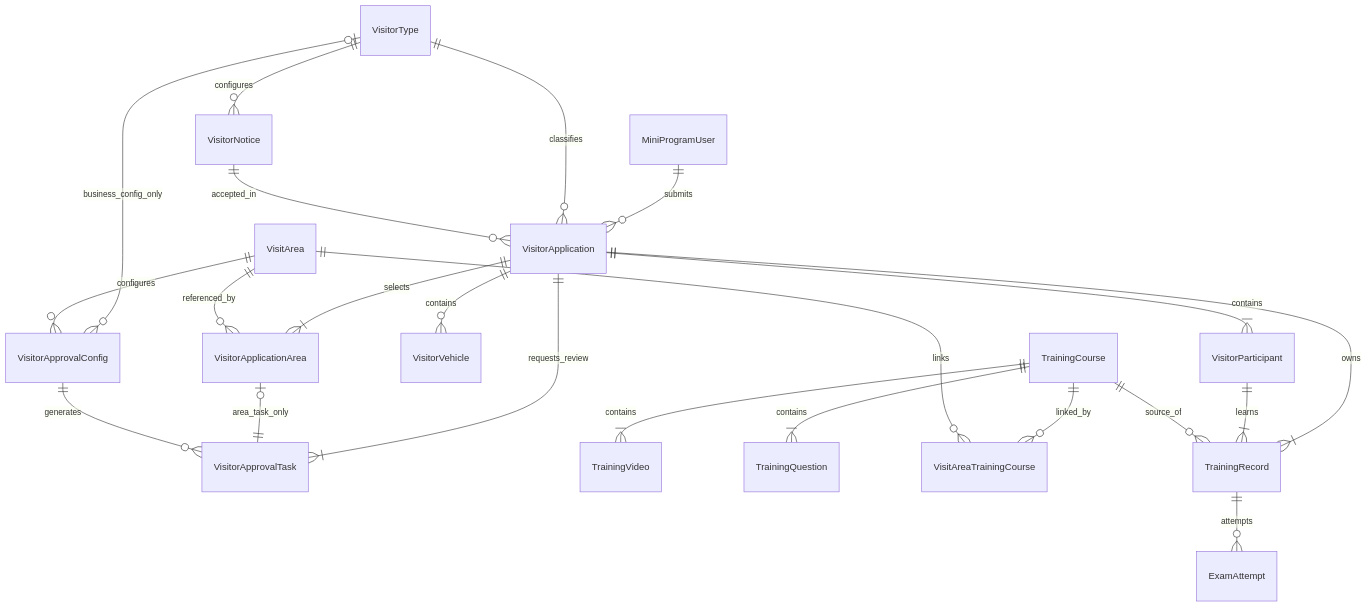
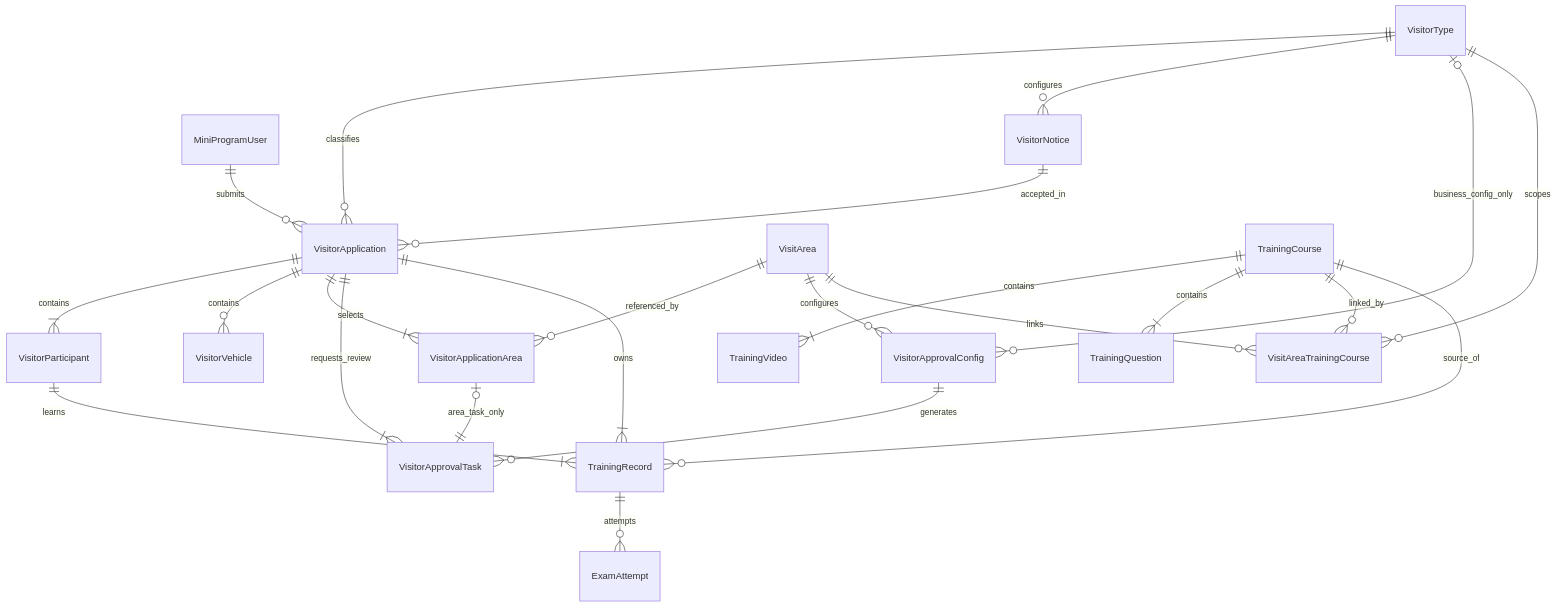
The second of 2 diagrams in doc/VisitSafe-Backend-SPEC.md (neozhu/visit-traning-client), drawn with Mermaid before and after one commit. The commit also changed other lines of this file, not shown here.

````diff
--- a/doc/VisitSafe-Backend-SPEC.md
+++ b/doc/VisitSafe-Backend-SPEC.md
@@ -567,24 +587,25 @@
 ```mermaid
 erDiagram
     MiniProgramUser ||--o{ VisitorApplication : submits
     VisitorType ||--o{ VisitorApplication : classifies
     VisitorType ||--o{ VisitorNotice : configures
     VisitorType |o--o{ VisitorApprovalConfig : business_config_only
     VisitorApplication ||--|{ VisitorParticipant : contains
     VisitorApplication ||--o{ VisitorVehicle : contains
     VisitorApplication ||--|{ VisitorApplicationArea : selects
     VisitArea ||--o{ VisitorApplicationArea : referenced_by
     VisitorApplication ||--|{ VisitorApprovalTask : requests_review
     VisitorApplicationArea |o--|| VisitorApprovalTask : area_task_only
     VisitArea ||--o{ VisitorApprovalConfig : configures
     VisitorApprovalConfig ||--o{ VisitorApprovalTask : generates
     VisitorNotice ||--o{ VisitorApplication : accepted_in
     TrainingCourse ||--|{ TrainingVideo : contains
     TrainingCourse ||--|{ TrainingQuestion : contains
     TrainingCourse ||--o{ VisitAreaTrainingCourse : linked_by
     VisitArea ||--o{ VisitAreaTrainingCourse : links
+    VisitorType ||--o{ VisitAreaTrainingCourse : scopes
     VisitorApplication ||--|{ TrainingRecord : owns
     VisitorParticipant ||--|{ TrainingRecord : learns
     TrainingCourse ||--o{ TrainingRecord : source_of
     TrainingRecord ||--o{ ExamAttempt : attempts
 ```
````
